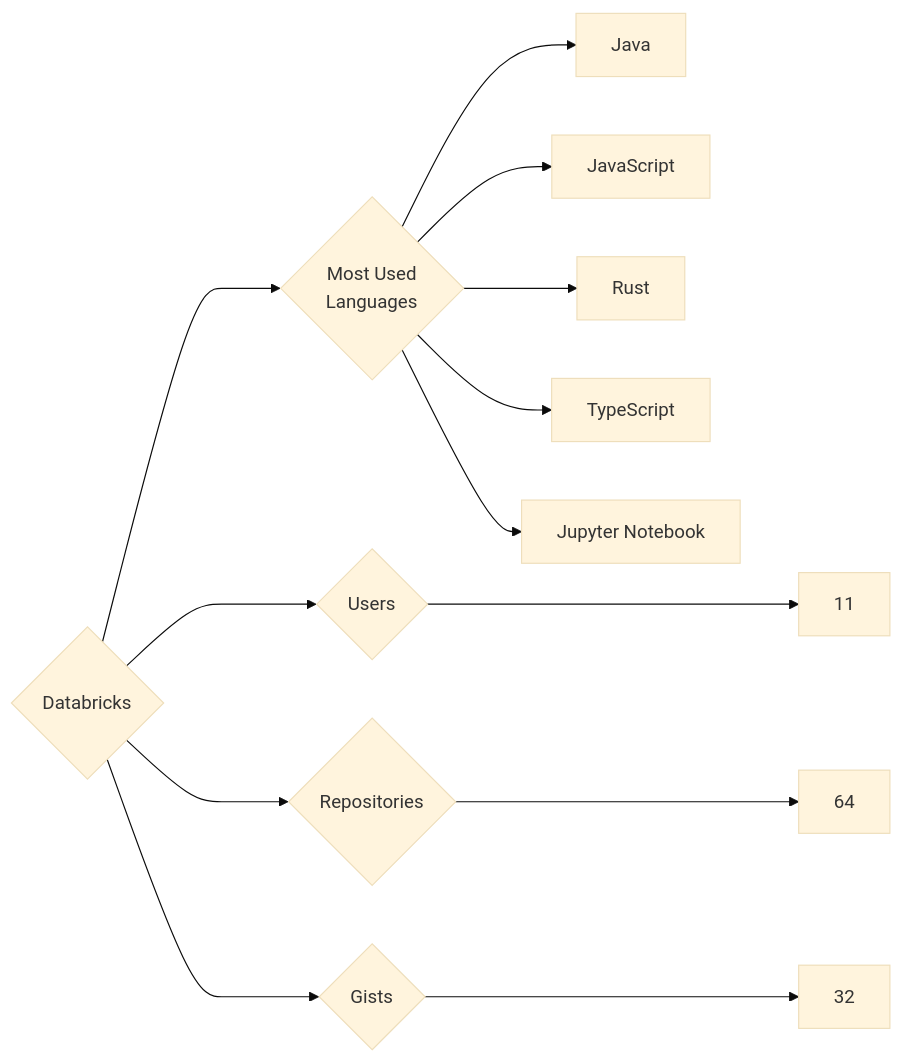
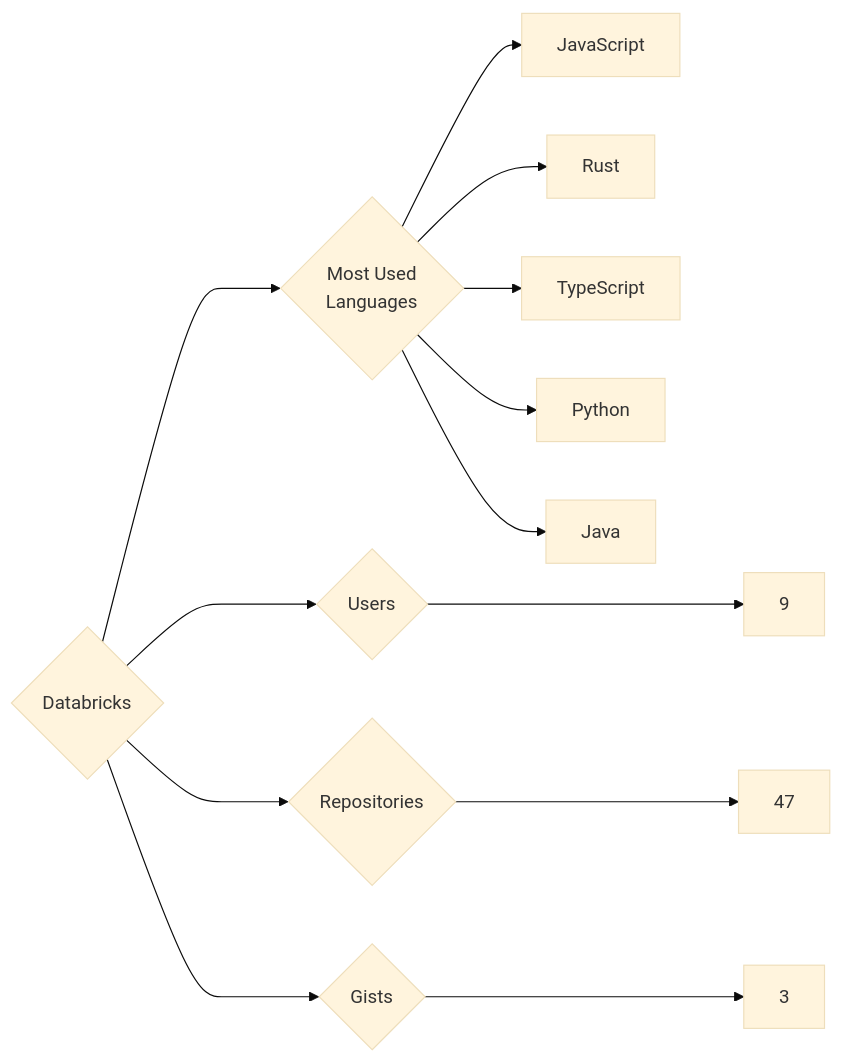
One commit to trickest/insiders changed the diagram in targets/Databricks/README.md. Above: the diagram before and after it, drawn with Mermaid (base theme). The commit also changed 1084 other files, not shown here.

````diff
--- a/targets/Databricks/README.md
+++ b/targets/Databricks/README.md
@@ -3,13 +3,13 @@
 ```mermaid
 graph LR
 COMPANY_NAME{Databricks}
-COMPANY_NAME ---> U{Users} ---> UN[11]
-COMPANY_NAME ---> R{Repositories} ---> RN[64]
-COMPANY_NAME ---> G{Gists} ---> GN[32]
+COMPANY_NAME ---> U{Users} ---> UN[9]
+COMPANY_NAME ---> R{Repositories} ---> RN[47]
+COMPANY_NAME ---> G{Gists} ---> GN[3]
 COMPANY_NAME ---> ML{Most Used<br>Languages}
-ML --> Java[Java]
 ML --> JavaScript[JavaScript]
 ML --> Rust[Rust]
 ML --> TypeScript[TypeScript]
-ML --> Jupyter_Notebook[Jupyter Notebook]
+ML --> Python[Python]
+ML --> Java[Java]
 ```
````
